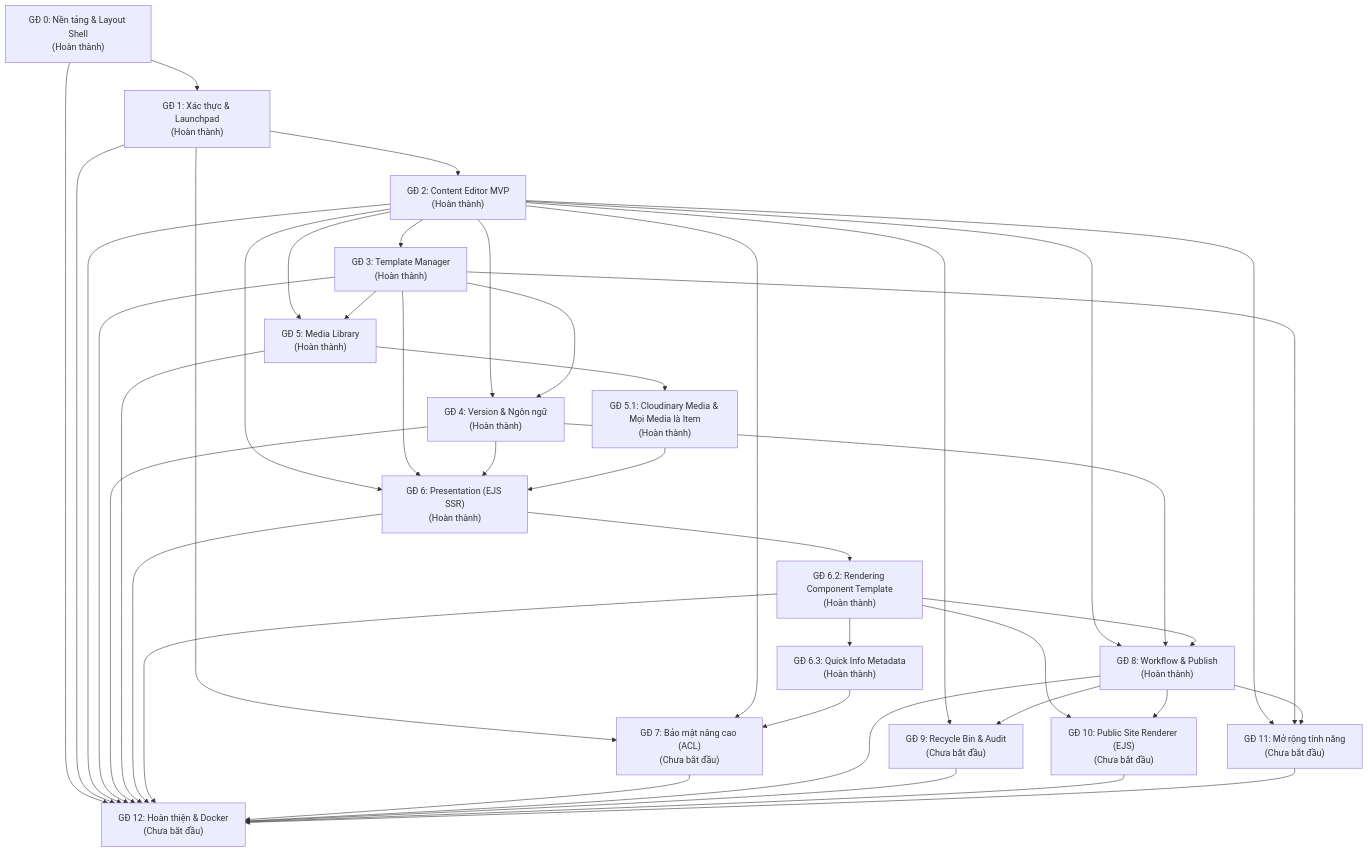
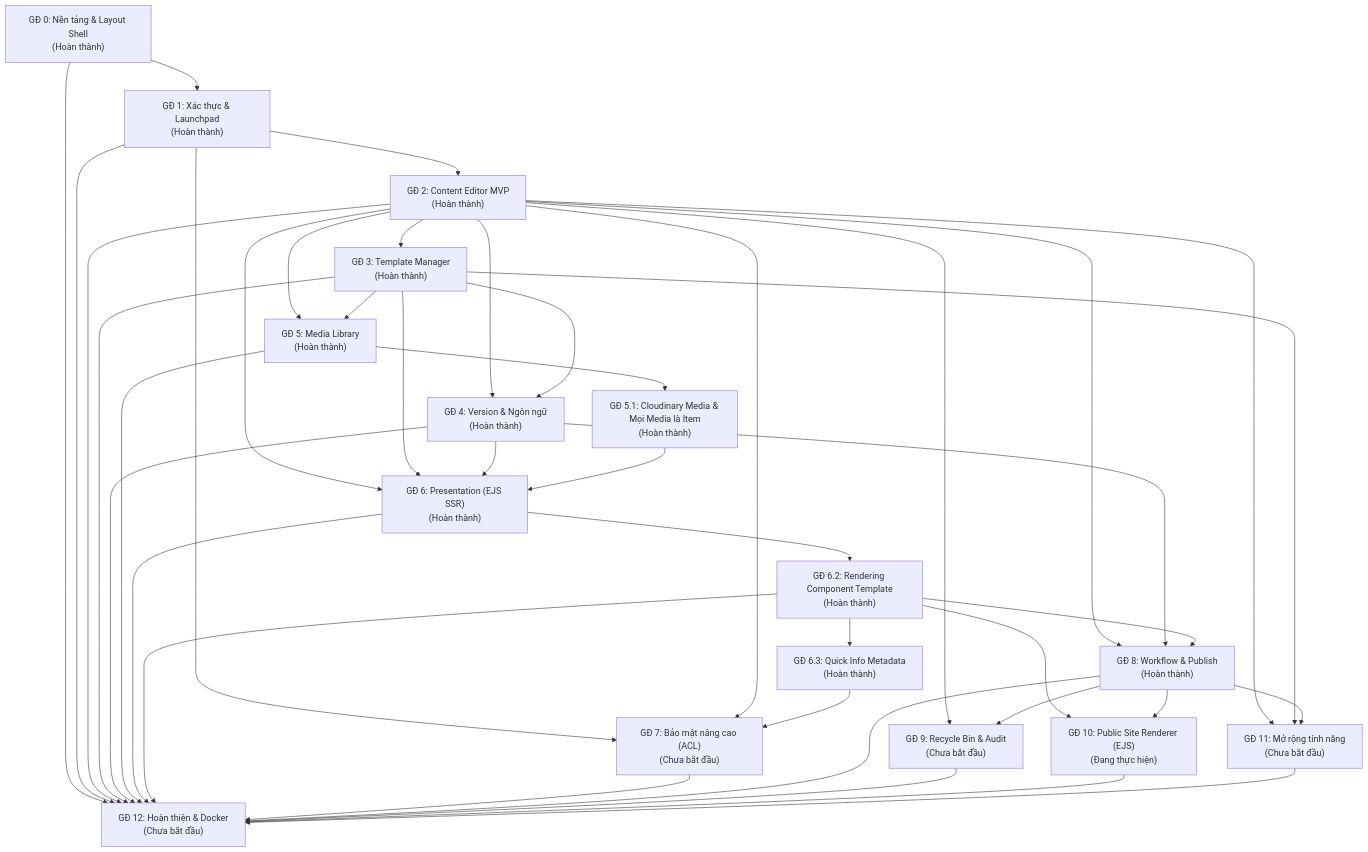
The diagram in docs/phases/README.md (mittomao/Admin-CMS), drawn with Mermaid before and after one commit. The commit also changed other lines of this file and 36 other files, not shown here.

Commit message:
GĐ 10 - SITE RENDERER

````diff
--- a/docs/phases/README.md
+++ b/docs/phases/README.md
@@ -9,18 +9,18 @@
 ```mermaid
 flowchart TD
     GD0["GĐ 0: Nền tảng & Layout Shell<br/>(Hoàn thành)"] --> GD1["GĐ 1: Xác thực & Launchpad<br/>(Hoàn thành)"]
     GD1 --> GD2["GĐ 2: Content Editor MVP<br/>(Hoàn thành)"]
     GD2 --> GD3["GĐ 3: Template Manager<br/>(Hoàn thành)"]
     GD2 & GD3 --> GD4["GĐ 4: Version & Ngôn ngữ<br/>(Hoàn thành)"]
     GD2 & GD3 --> GD5["GĐ 5: Media Library<br/>(Hoàn thành)"]
     GD5 --> GD5_1["GĐ 5.1: Cloudinary Media & Mọi Media là Item<br/>(Hoàn thành)"]
     GD2 & GD3 & GD4 & GD5_1 --> GD6["GĐ 6: Presentation (EJS SSR)<br/>(Hoàn thành)"]
     GD6 --> GD6_2["GĐ 6.2: Rendering Component Template<br/>(Hoàn thành)"]
     GD6_2 --> GD6_3["GĐ 6.3: Quick Info Metadata<br/>(Hoàn thành)"]
     GD1 & GD2 & GD6_3 --> GD7["GĐ 7: Bảo mật nâng cao (ACL)<br/>(Chưa bắt đầu)"]
     GD2 & GD4 & GD6_2 --> GD8["GĐ 8: Workflow & Publish<br/>(Hoàn thành)"]
     GD2 & GD8 --> GD9["GĐ 9: Recycle Bin & Audit<br/>(Chưa bắt đầu)"]
-    GD6_2 & GD8 --> GD10["GĐ 10: Public Site Renderer (EJS)<br/>(Chưa bắt đầu)"]
+    GD6_2 & GD8 --> GD10["GĐ 10: Public Site Renderer (EJS)<br/>(Đang thực hiện)"]
     GD2 & GD3 & GD8 --> GD11["GĐ 11: Mở rộng tính năng<br/>(Chưa bắt đầu)"]
     GD0 & GD1 & GD2 & GD3 & GD4 & GD5 & GD6 & GD6_2 & GD7 & GD8 & GD9 & GD10 & GD11 --> GD12["GĐ 12: Hoàn thiện & Docker<br/>(Chưa bắt đầu)"]
 ```
````
